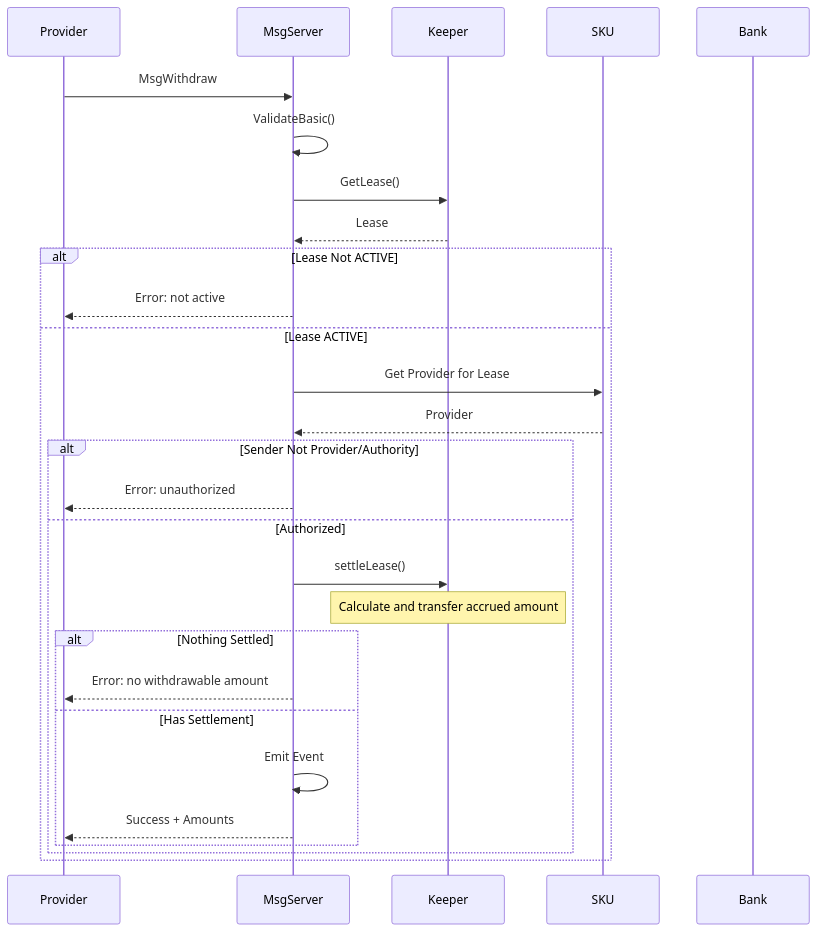
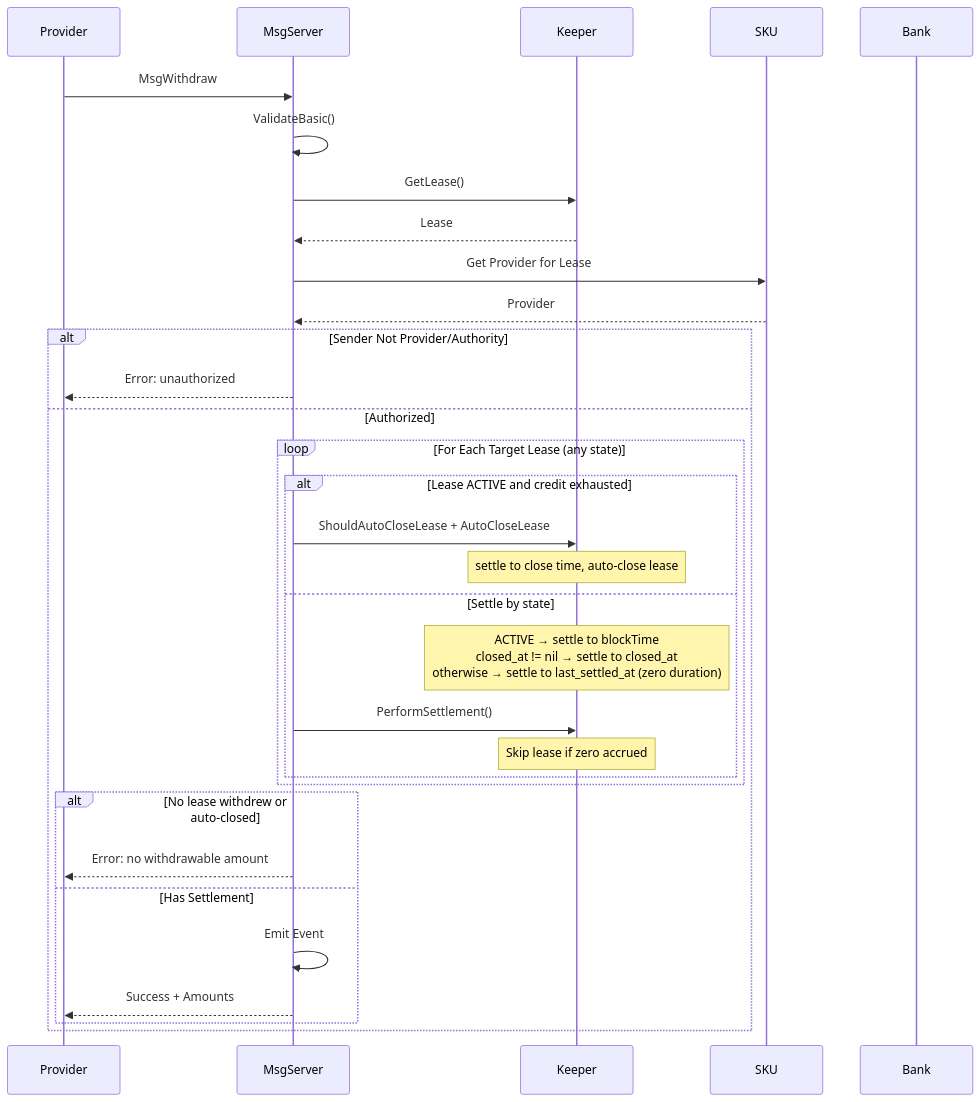
One commit to manifest-network/manifest-ledger changed diagram 11 of 13 in x/billing/docs/ARCHITECTURE.md. Above: the diagram before and after it, drawn with Mermaid. The commit also changed other lines of this file and 16 other files, not shown here.

````diff
--- a/x/billing/docs/ARCHITECTURE.md
+++ b/x/billing/docs/ARCHITECTURE.md
@@ -483,34 +492,38 @@
 ```mermaid
 sequenceDiagram
     participant Provider
     participant MsgServer
     participant Keeper
     participant SKU
     participant Bank
     
     Provider->>MsgServer: MsgWithdraw
     MsgServer->>MsgServer: ValidateBasic()
     MsgServer->>Keeper: GetLease()
     Keeper-->>MsgServer: Lease
     
-    alt Lease Not ACTIVE
-        MsgServer-->>Provider: Error: not active
-    else Lease ACTIVE
-        MsgServer->>SKU: Get Provider for Lease
-        SKU-->>MsgServer: Provider
+    MsgServer->>SKU: Get Provider for Lease
+    SKU-->>MsgServer: Provider
+    
+    alt Sender Not Provider/Authority
+        MsgServer-->>Provider: Error: unauthorized
+    else Authorized
+        loop For Each Target Lease (any state)
+            alt Lease ACTIVE and credit exhausted
+                MsgServer->>Keeper: ShouldAutoCloseLease + AutoCloseLease
+                Note over Keeper: settle to close time, auto-close lease
+            else Settle by state
+                Note over Keeper: ACTIVE → settle to blockTime<br/>closed_at != nil → settle to closed_at<br/>otherwise → settle to last_settled_at (zero duration)
+                MsgServer->>Keeper: PerformSettlement()
+                Note over Keeper: Skip lease if zero accrued
+            end
+        end
         
-        alt Sender Not Provider/Authority
-            MsgServer-->>Provider: Error: unauthorized
-        else Authorized
-            MsgServer->>Keeper: settleLease()
-            Note over Keeper: Calculate and transfer accrued amount
-            
-            alt Nothing Settled
-                MsgServer-->>Provider: Error: no withdrawable amount
-            else Has Settlement
-                MsgServer->>MsgServer: Emit Event
-                MsgServer-->>Provider: Success + Amounts
-            end
+        alt No lease withdrew or auto-closed
+            MsgServer-->>Provider: Error: no withdrawable amount
+        else Has Settlement
+            MsgServer->>MsgServer: Emit Event
+            MsgServer-->>Provider: Success + Amounts
         end
     end
 ```
````
